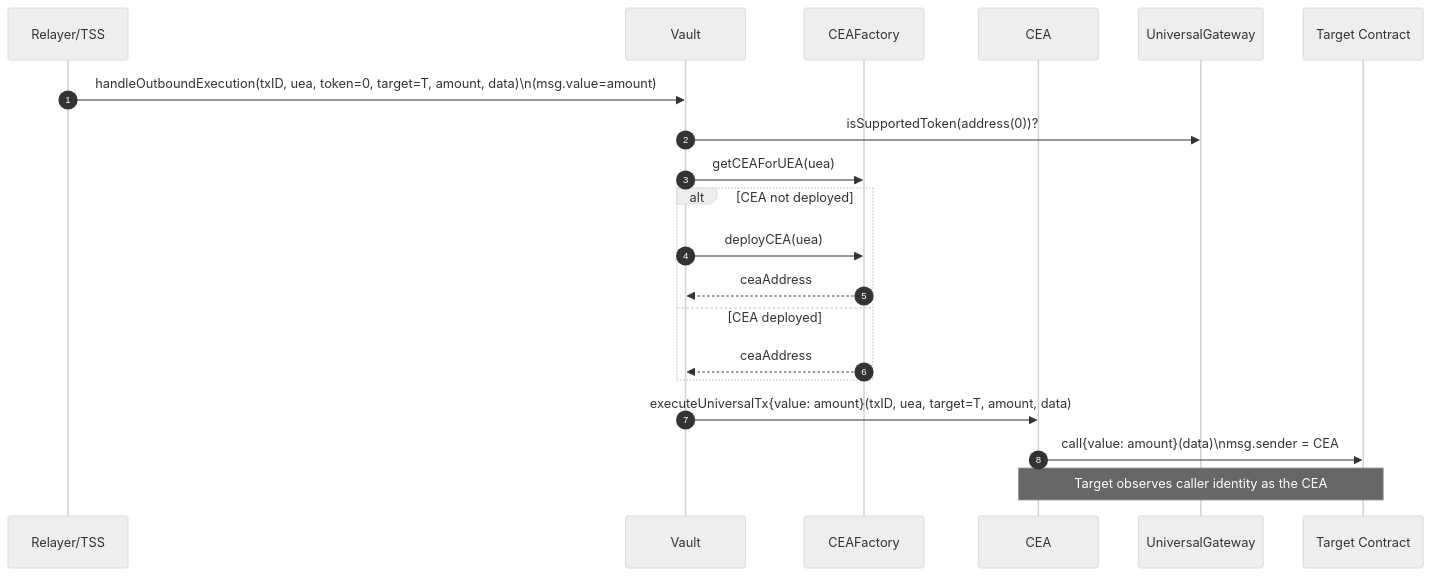
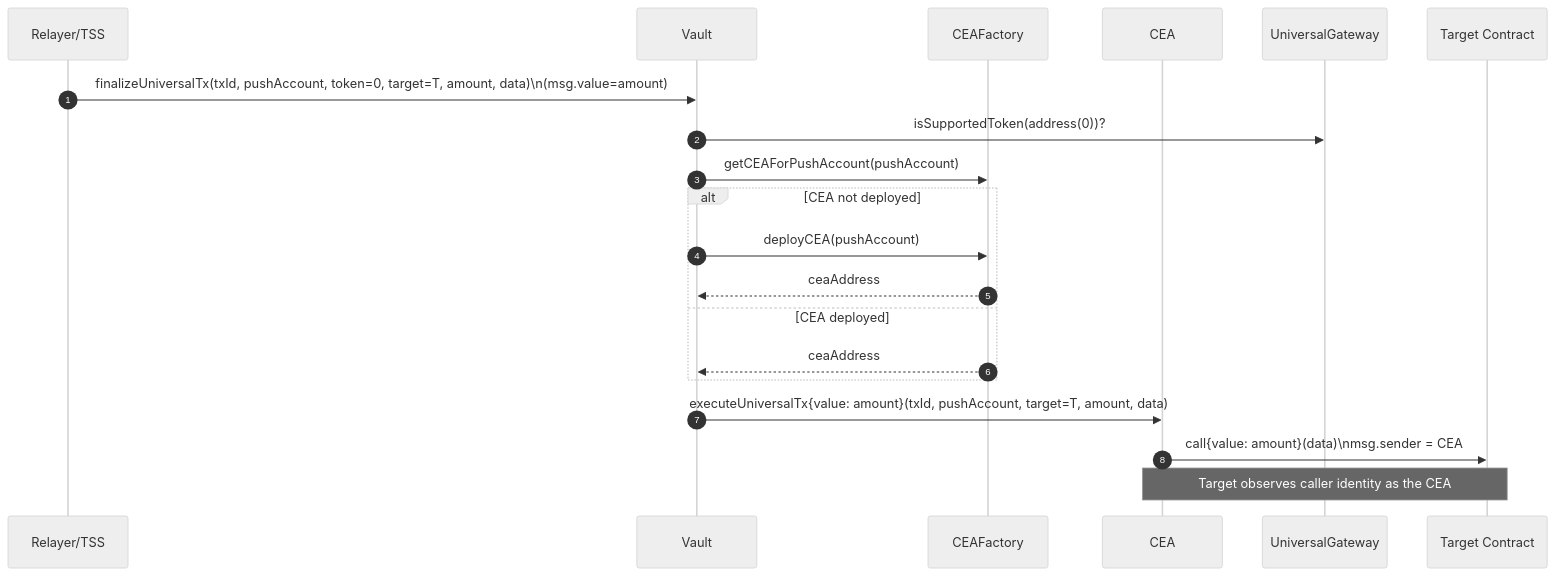
The first of 6 diagrams in contracts/evm-gateway/docs/4_OutboundTx_Flows.md (pushchain/push-chain-gateway-contracts), drawn with Mermaid (neutral theme) before and after one commit. The commit also changed other lines of this file and 26 other files, not shown here.

````diff
--- a/contracts/evm-gateway/docs/4_OutboundTx_Flows.md
+++ b/contracts/evm-gateway/docs/4_OutboundTx_Flows.md
@@ -50,23 +36,23 @@
 ```mermaid
 sequenceDiagram
     autonumber
     participant TSS as Relayer/TSS
     participant V as Vault
     participant F as CEAFactory
     participant C as CEA
     participant G as UniversalGateway
     participant T as Target Contract
 
-    TSS->>V: handleOutboundExecution(txID, uea, token=0, target=T, amount, data)\n(msg.value=amount)
+    TSS->>V: finalizeUniversalTx(txId, pushAccount, token=0, target=T, amount, data)\n(msg.value=amount)
     V->>G: isSupportedToken(address(0))?
-    V->>F: getCEAForUEA(uea)
+    V->>F: getCEAForPushAccount(pushAccount)
     alt CEA not deployed
-        V->>F: deployCEA(uea)
+        V->>F: deployCEA(pushAccount)
         F-->>V: ceaAddress
     else CEA deployed
         F-->>V: ceaAddress
     end
-    V->>C: executeUniversalTx{value: amount}(txID, uea, target=T, amount, data)
+    V->>C: executeUniversalTx{value: amount}(txId, pushAccount, target=T, amount, data)
     C->>T: call{value: amount}(data)\nmsg.sender = CEA
     Note over T,C: Target observes caller identity as the CEA
 ```
````
